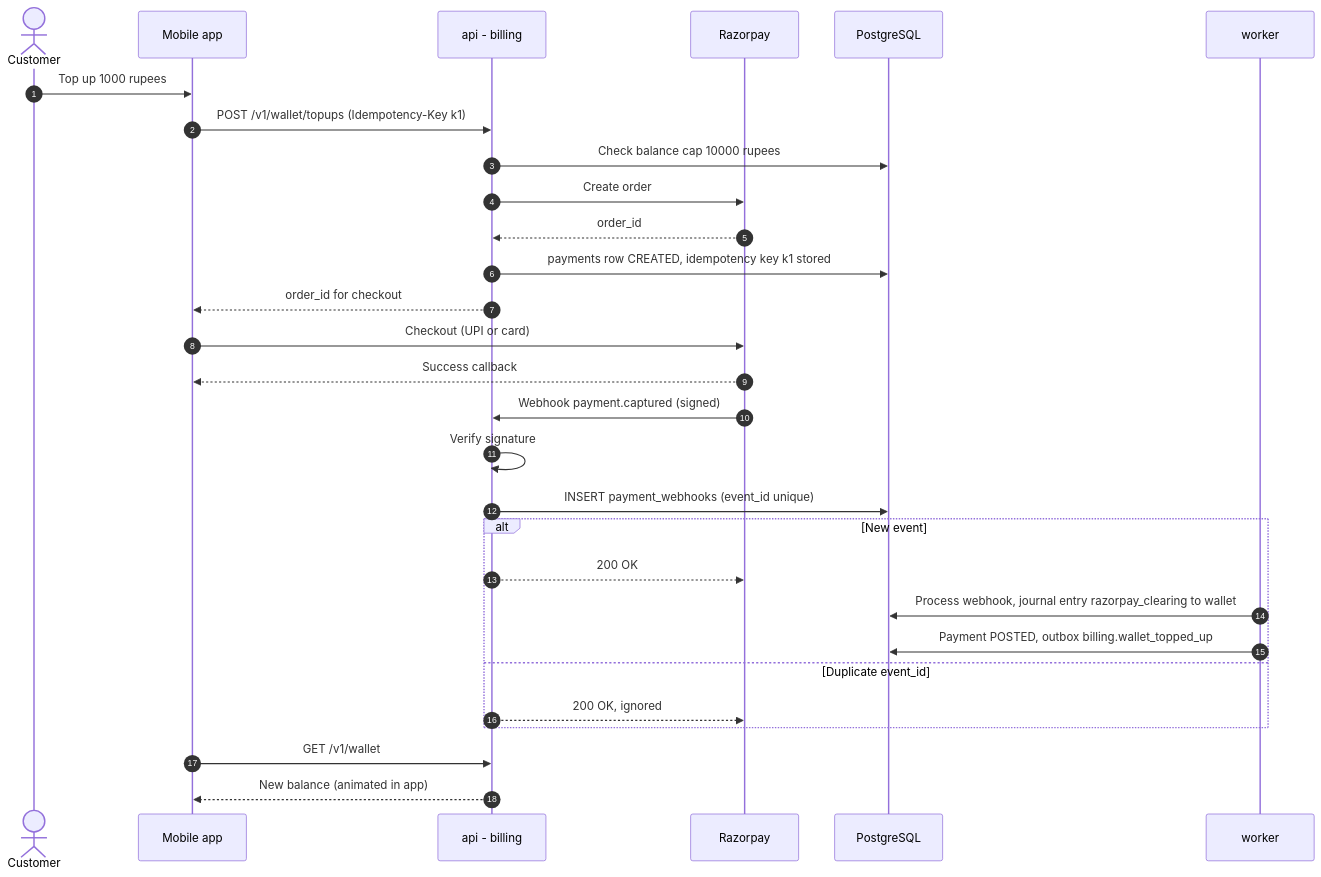
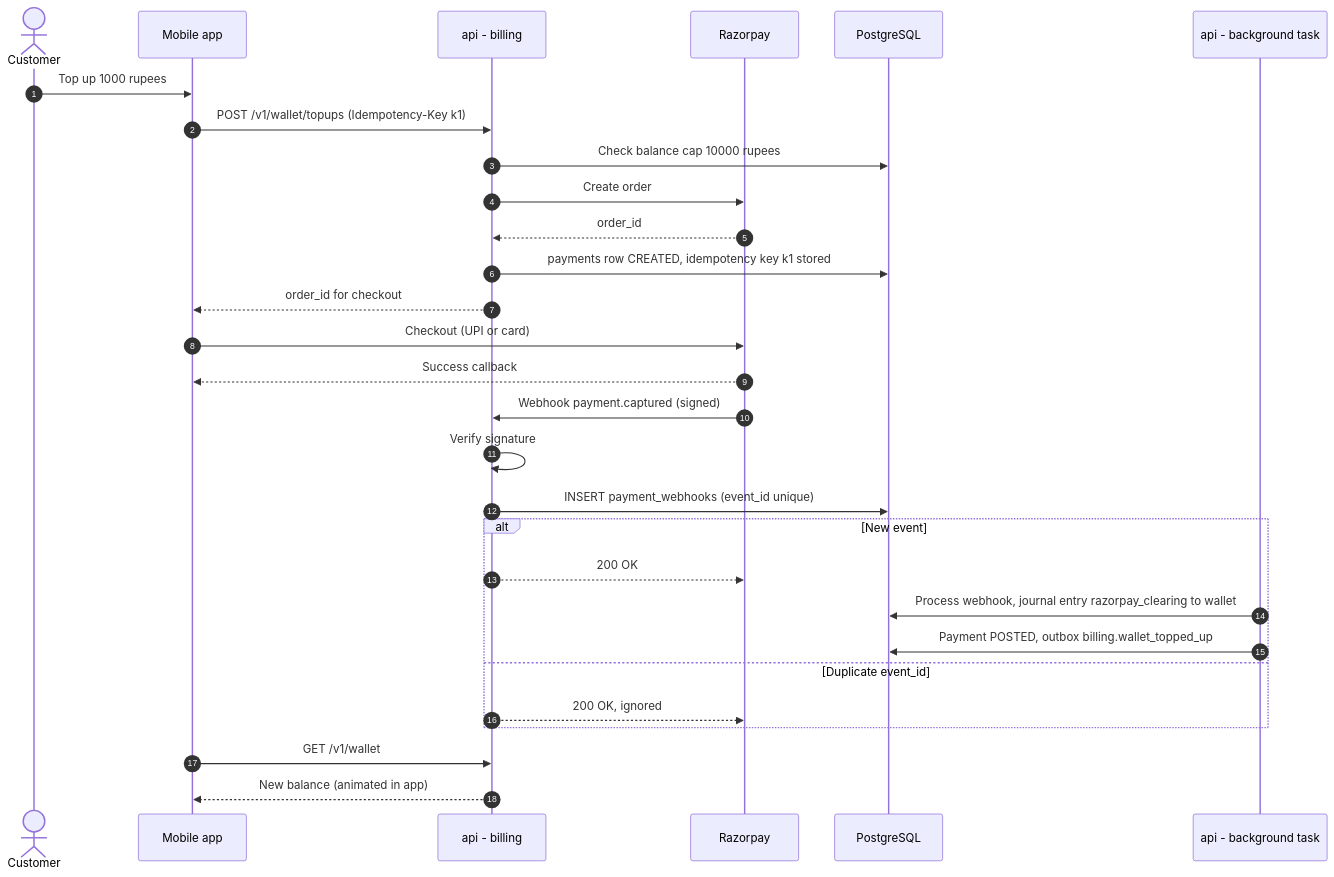
The seventh of 18 diagrams in docs/handbook/07-workflows.md (prelekar7/GharBasket), drawn with Mermaid before and after one commit. The commit also changed other lines of this file and 58 other files, not shown here.

````diff
--- a/docs/handbook/07-workflows.md
+++ b/docs/handbook/07-workflows.md
@@ -262,31 +265,31 @@
 ```mermaid
 sequenceDiagram
     autonumber
     actor C as Customer
     participant APP as Mobile app
     participant API as api - billing
     participant RZP as Razorpay
     participant DB as PostgreSQL
-    participant W as worker
+    participant W as api - background task
     C->>APP: Top up 1000 rupees
     APP->>API: POST /v1/wallet/topups (Idempotency-Key k1)
     API->>DB: Check balance cap 10000 rupees
     API->>RZP: Create order
     RZP-->>API: order_id
     API->>DB: payments row CREATED, idempotency key k1 stored
     API-->>APP: order_id for checkout
     APP->>RZP: Checkout (UPI or card)
     RZP-->>APP: Success callback
     RZP->>API: Webhook payment.captured (signed)
     API->>API: Verify signature
     API->>DB: INSERT payment_webhooks (event_id unique)
     alt New event
         API-->>RZP: 200 OK
         W->>DB: Process webhook, journal entry razorpay_clearing to wallet
         W->>DB: Payment POSTED, outbox billing.wallet_topped_up
     else Duplicate event_id
         API-->>RZP: 200 OK, ignored
     end
     APP->>API: GET /v1/wallet
     API-->>APP: New balance (animated in app)
 ```
````
